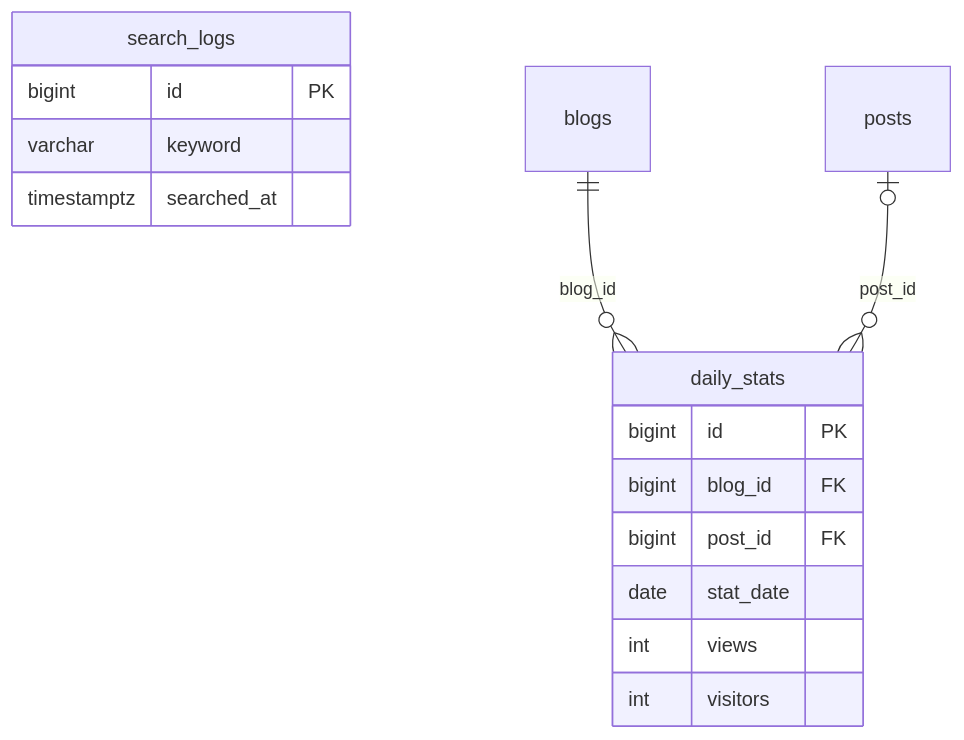
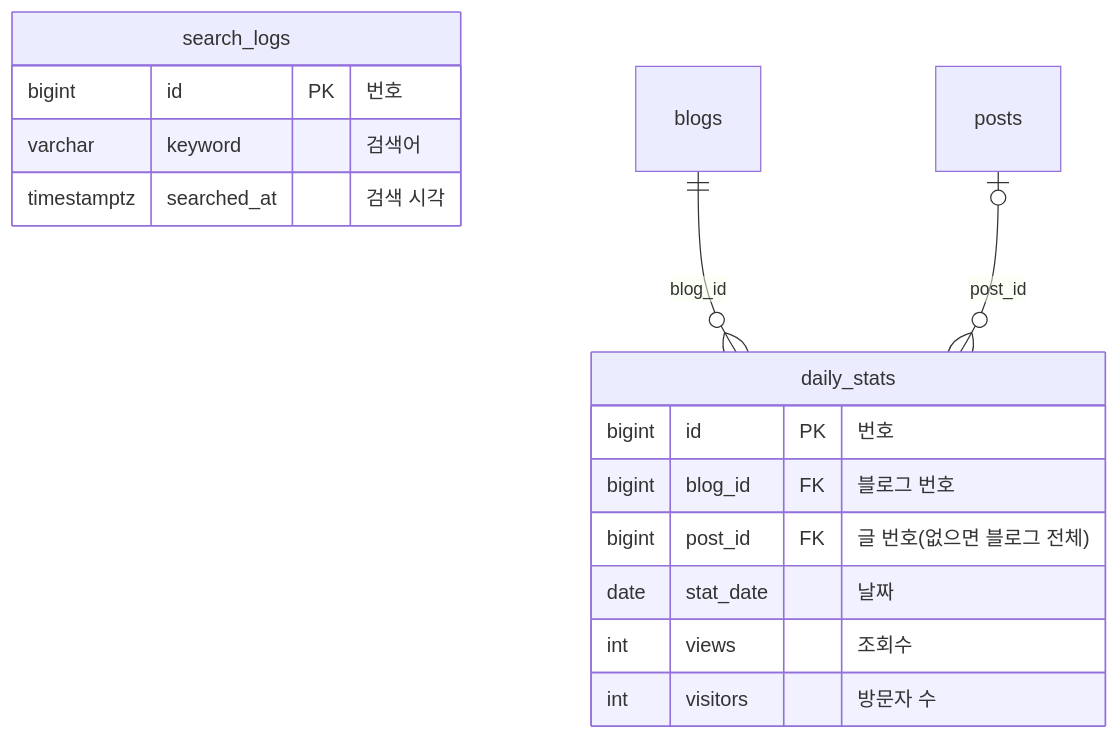
One commit to home-my-blog/docs changed the sixth of 6 diagrams in docs/설계/ERD.md. Above: the diagram before and after it, drawn with Mermaid. The commit also changed other lines of this file, not shown here.

````diff
--- a/docs/설계/ERD.md
+++ b/docs/설계/ERD.md
@@ -719,18 +769,18 @@
 ```mermaid
 erDiagram
     daily_stats {
-        bigint id PK
-        bigint blog_id FK
-        bigint post_id FK
-        date stat_date
-        int views
-        int visitors
+        bigint id PK "번호"
+        bigint blog_id FK "블로그 번호"
+        bigint post_id FK "글 번호(없으면 블로그 전체)"
+        date stat_date "날짜"
+        int views "조회수"
+        int visitors "방문자 수"
     }
     search_logs {
-        bigint id PK
-        varchar keyword
-        timestamptz searched_at
+        bigint id PK "번호"
+        varchar keyword "검색어"
+        timestamptz searched_at "검색 시각"
     }
     blogs ||--o{ daily_stats : "blog_id"
     posts |o--o{ daily_stats : "post_id"
 ```
````
